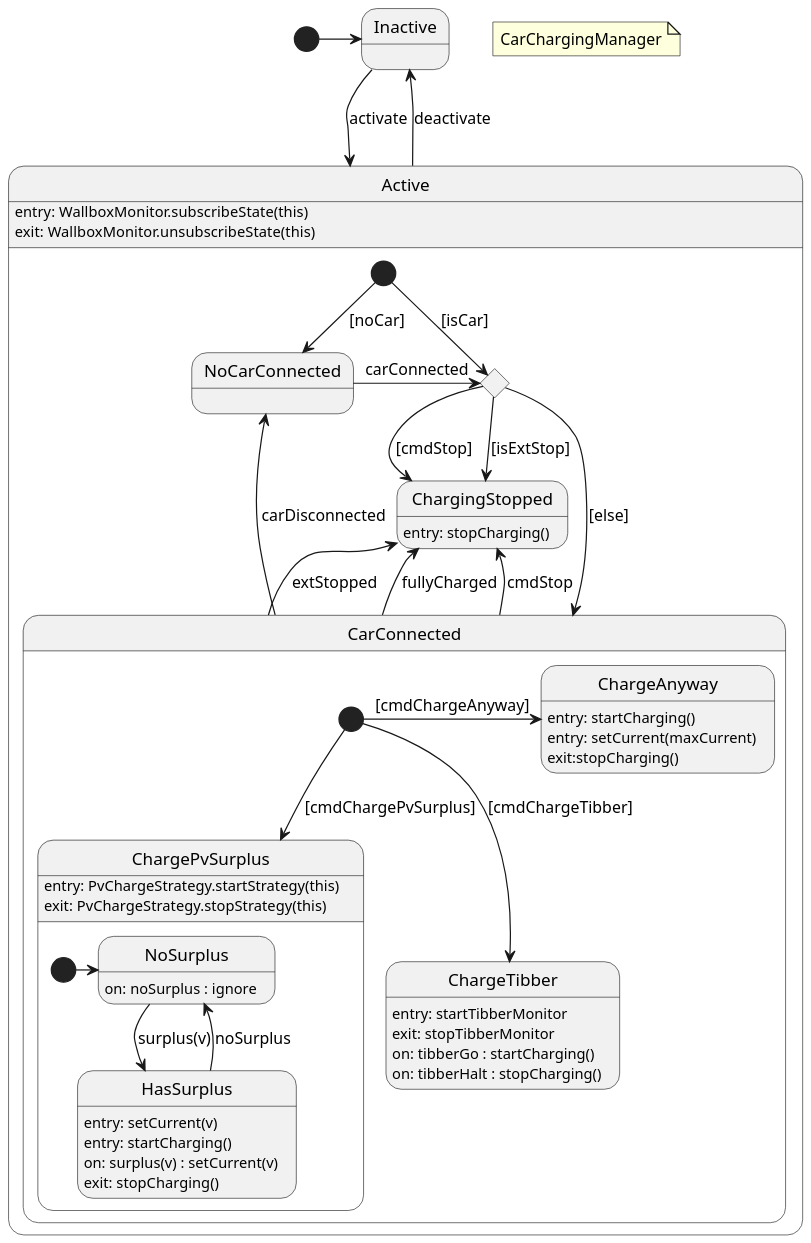
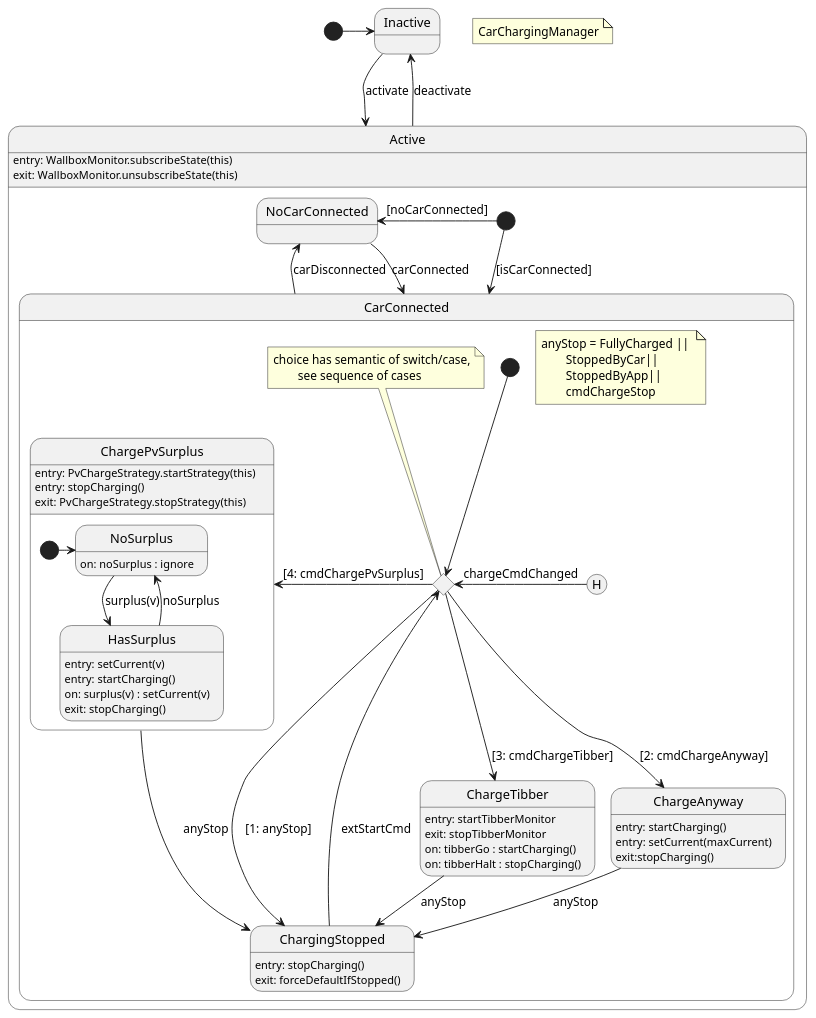
One commit to geobe/energyControl changed the diagram in src/main/groovy/de/geobe/energy/automation/CarChargingManager.puml. Above: the diagram before and after it, drawn with PlantUML. The commit also changed 2 other files, not shown here.

Commit message:
work in progress: more refactoring PvChargeStrategy, CarChargingManager

```diff
--- a/src/main/groovy/de/geobe/energy/automation/CarChargingManager.puml
+++ b/src/main/groovy/de/geobe/energy/automation/CarChargingManager.puml
@@ -1,83 +1,96 @@
 @startuml
 'https://plantuml.com/state-diagram
 
 scale 1000 width
 
-[*] -right-> iact
+[*] -right-> inAct
 
-state "Inactive" as iact
+state "Inactive" as inAct
 state "Active" as act {
-
-    state cStop <<choice>>
-
-     [*] --> cStop : [isCar]
-     cStop --> xs : [cmdStop]
-     cStop --> xs : [isExtStop]
-     cStop --> ccon : [else]
-     [*] --> nocl : [noCar]
-
-
     act: entry: WallboxMonitor.subscribeState(this)
     act: exit: WallboxMonitor.unsubscribeState(this)
 
-    state "NoCarConnected" as nocl {
+     [*] -left-> noCar : [noCarConnected]
+
+    state "NoCarConnected" as noCar
 '      nocl: entry: cancelCharging()
-    }
 
-    state "ChargingStopped" as xs
-        xs: entry: stopCharging()
+    state "CarConnected" as carCon {
 
-    state "CarConnected" as ccon {
+        state "ChargingStopped" as cStop
+            cStop: entry: stopCharging()
+            cStop: exit: forceDefaultIfStopped()
 
-      state "ChargePvSurplus" as lps {
-        lps: entry: PvChargeStrategy.startStrategy(this)
-        lps: exit: PvChargeStrategy.stopStrategy(this)
+        state "ChargePvSurplus" as cSurplus {
+          cSurplus: entry: PvChargeStrategy.startStrategy(this)
+          cSurplus: entry: stopCharging()
+          cSurplus: exit: PvChargeStrategy.stopStrategy(this)
 
-        state "HasSurplus" as has {
-            has: entry: setCurrent(v)
-            has: entry: startCharging()
-            has: on: surplus(v) : setCurrent(v)
-            has: exit: stopCharging()
-        }
+            state "HasSurplus" as hasPlus {
+                hasPlus: entry: setCurrent(v)
+                hasPlus: entry: startCharging()
+                hasPlus: on: surplus(v) : setCurrent(v)
+                hasPlus: exit: stopCharging()
+            }
 
-        state "NoSurplus" as nos {
-          nos: on: noSurplus : ignore
-        }
+            state "NoSurplus" as noPlus {
+              noPlus: on: noSurplus : ignore
+            }
 
         state lpstart <<start>>
-      }
-      nos -down-> has : surplus(v)
-      has -up-> nos : noSurplus
-      lpstart -right-> nos
 
-      state "ChargeTibber" as lt {
-      lt: entry: startTibberMonitor
-      lt: exit: stopTibberMonitor
-      lt: on: tibberGo : startCharging()
-      lt: on: tibberHalt : stopCharging()
       }
 
-      state "ChargeAnyway" as la {
-        la: entry: startCharging()
-        la: entry: setCurrent(maxCurrent)
-        la: exit:stopCharging()
-      }
+      state "ChargeTibber" as cTibber
+      cTibber: entry: startTibberMonitor
+      cTibber: exit: stopTibberMonitor
+      cTibber: on: tibberGo : startCharging()
+      cTibber: on: tibberHalt : stopCharging()
 
-      ccon --> xs : cmdStop
-      [*] -down-> lps : [cmdChargePvSurplus]
-      [*] --> lt : [cmdChargeTibber]
-      [*] -right-> la : [cmdChargeAnyway]
+
+      state "ChargeAnyway" as cAnyway
+        cAnyway: entry: startCharging()
+        cAnyway: entry: setCurrent(maxCurrent)
+        cAnyway: exit:stopCharging()
+
+      state "switch" as choiceCmd <<choice>>
+
+      note top of choiceCmd
+        choice has semantic of switch/case,
+        \tsee sequence of cases
+      end note
+
+      note "anyStop = FullyCharged || \n\tStoppedByCar||\n\tStoppedByApp||\n\tcmdChargeStop" as NcarCon
+
+      [H] -left-> choiceCmd : chargeCmdChanged
+      [*] --> choiceCmd
     }
+     [*] --> carCon : [isCarConnected]
+     cSurplus -down-> cStop : anyStop
+     cTibber -down-> cStop : anyStop
+     cAnyway -down-> cStop : anyStop
+     carCon -up-> noCar : carDisconnected
+'     noCar -down-> choiceCmd : carConnected
 
 }
-ccon -up-> nocl : carDisconnected
-ccon -up-> xs : extStopped
-ccon -up-> xs : fullyCharged
 
-nocl -right-> cStop : carConnected
-iact -down-> act : activate
-act -up-> iact : deactivate
 
-note "CarChargingManager" as N1
+choiceCmd -left-> cSurplus : [4: cmdChargePvSurplus]
+choiceCmd -down-> cTibber : [3: cmdChargeTibber]
+choiceCmd --> cAnyway : [2: cmdChargeAnyway]
+choiceCmd --> cStop : [1: anyStop]
+cStop -up-> choiceCmd : extStartCmd
+
+'carCon --> cStop : fullyCharged
+
+noCar --> carCon : carConnected
+inAct -down-> act : activate
+act -up-> inAct : deactivate
+
+noPlus -down-> hasPlus : surplus(v)
+hasPlus -up-> noPlus : noSurplus
+lpstart -right-> noPlus
+
+note "CarChargingManager" as NTop
 
 @enduml
```
